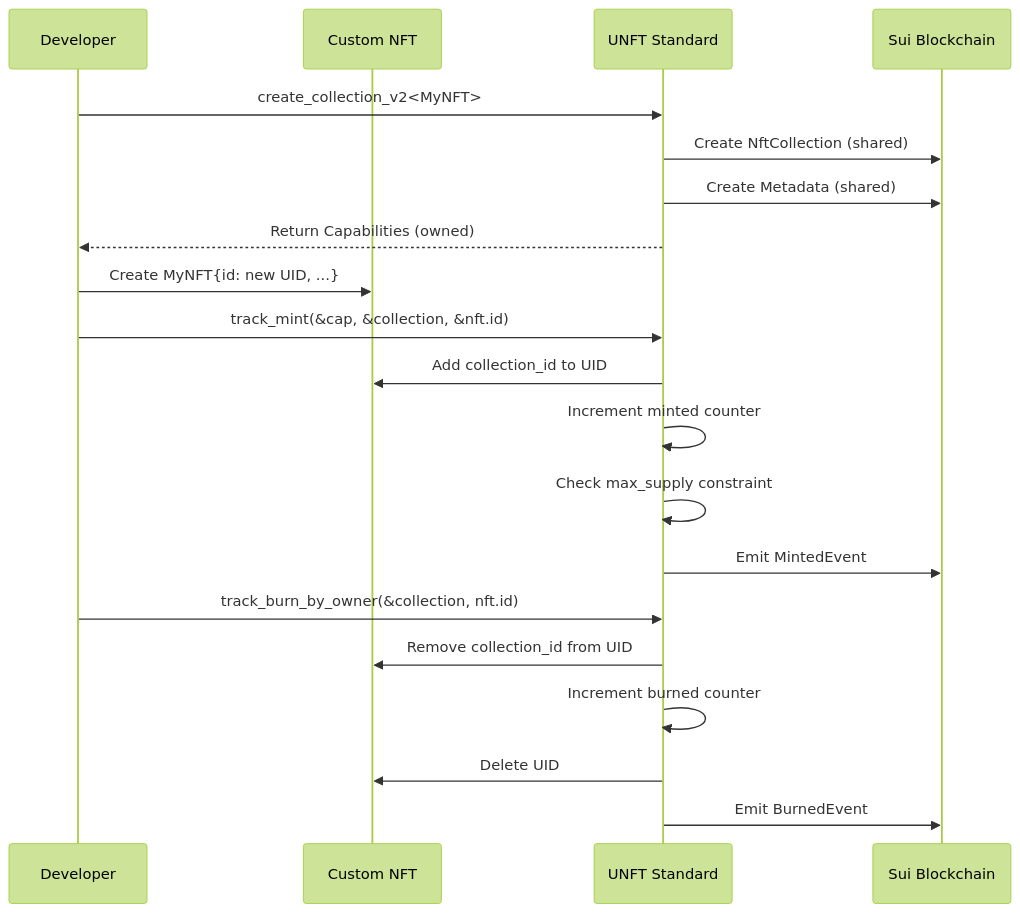
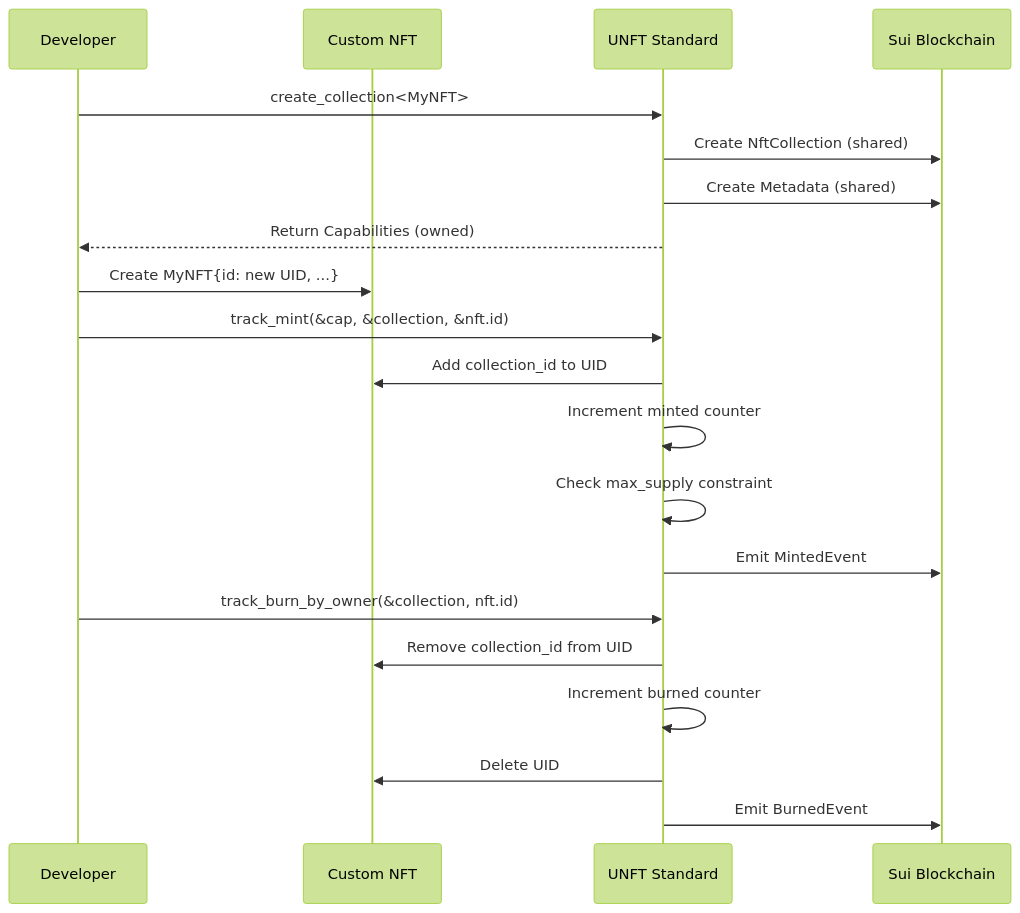
Before and after one commit to Foundation3DAO/unft_standard: the second of 2 diagrams in README.md, drawn with Mermaid (forest theme). The commit also changed other lines of this file and 6 other files, not shown here.

````diff
--- a/README.md
+++ b/README.md
@@ -1388,25 +1388,25 @@
 ```mermaid
 sequenceDiagram
     participant Dev as Developer
     participant NFT as Custom NFT
     participant UNFT as UNFT Standard
     participant Chain as Sui Blockchain
 
-    Dev->>UNFT: create_collection_v2<MyNFT>
+    Dev->>UNFT: create_collection<MyNFT>
     UNFT->>Chain: Create NftCollection (shared)
     UNFT->>Chain: Create Metadata (shared)
     UNFT-->>Dev: Return Capabilities (owned)
 
     Dev->>NFT: Create MyNFT{id: new UID, ...}
     Dev->>UNFT: track_mint(&cap, &collection, &nft.id)
     UNFT->>NFT: Add collection_id to UID
     UNFT->>UNFT: Increment minted counter
     UNFT->>UNFT: Check max_supply constraint
     UNFT->>Chain: Emit MintedEvent
 
     Dev->>UNFT: track_burn_by_owner(&collection, nft.id)
     UNFT->>NFT: Remove collection_id from UID
     UNFT->>UNFT: Increment burned counter
     UNFT->>NFT: Delete UID
     UNFT->>Chain: Emit BurnedEvent
 ```
````
